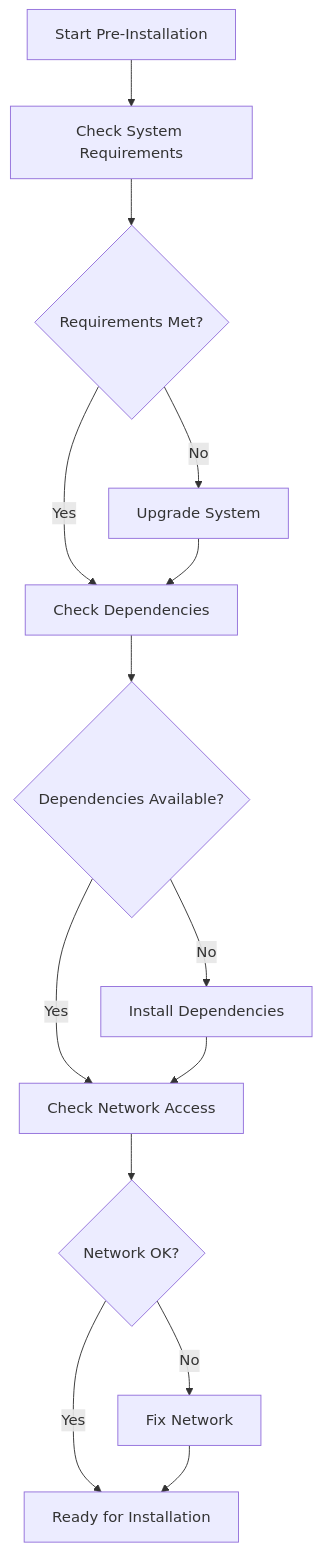
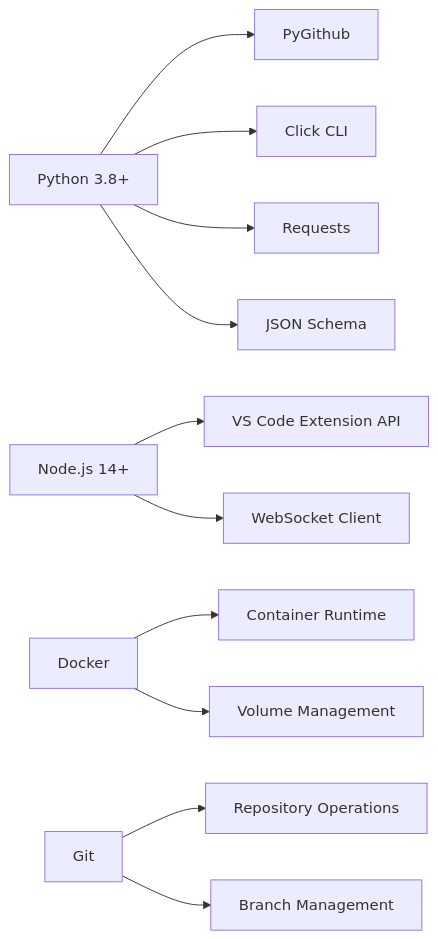
The second of 4 diagrams in Docs/entire_project/Installation_Guide.md (Shakour-Data/AutoProjectManagement), drawn with Mermaid before and after one commit. The commit also changed other lines of this file and 1 other file, not shown here.

````diff
--- a/Docs/entire_project/Installation_Guide.md
+++ b/Docs/entire_project/Installation_Guide.md
@@ -50,16 +72,16 @@
 ```mermaid
-flowchart TD
-    A[Start Pre-Installation] --> B[Check System Requirements]
-    B --> C{Requirements Met?}
-    C -->|No| D[Upgrade System]
-    C -->|Yes| E[Check Dependencies]
-    D --> E
-    E --> F{Dependencies Available?}
-    F -->|No| G[Install Dependencies]
-    F -->|Yes| H[Check Network Access]
-    G --> H
-    H --> I{Network OK?}
-    I -->|No| J[Fix Network]
-    I -->|Yes| K[Ready for Installation]
-    J --> K
+graph LR
+    A[Python 3.8+] --> B[PyGithub]
+    A --> C[Click CLI]
+    A --> D[Requests]
+    A --> E[JSON Schema]
+    
+    F[Node.js 14+] --> G[VS Code Extension API]
+    F --> H[WebSocket Client]
+    
+    I[Docker] --> J[Container Runtime]
+    I --> K[Volume Management]
+    
+    L[Git] --> M[Repository Operations]
+    L --> N[Branch Management]
 ```
````
